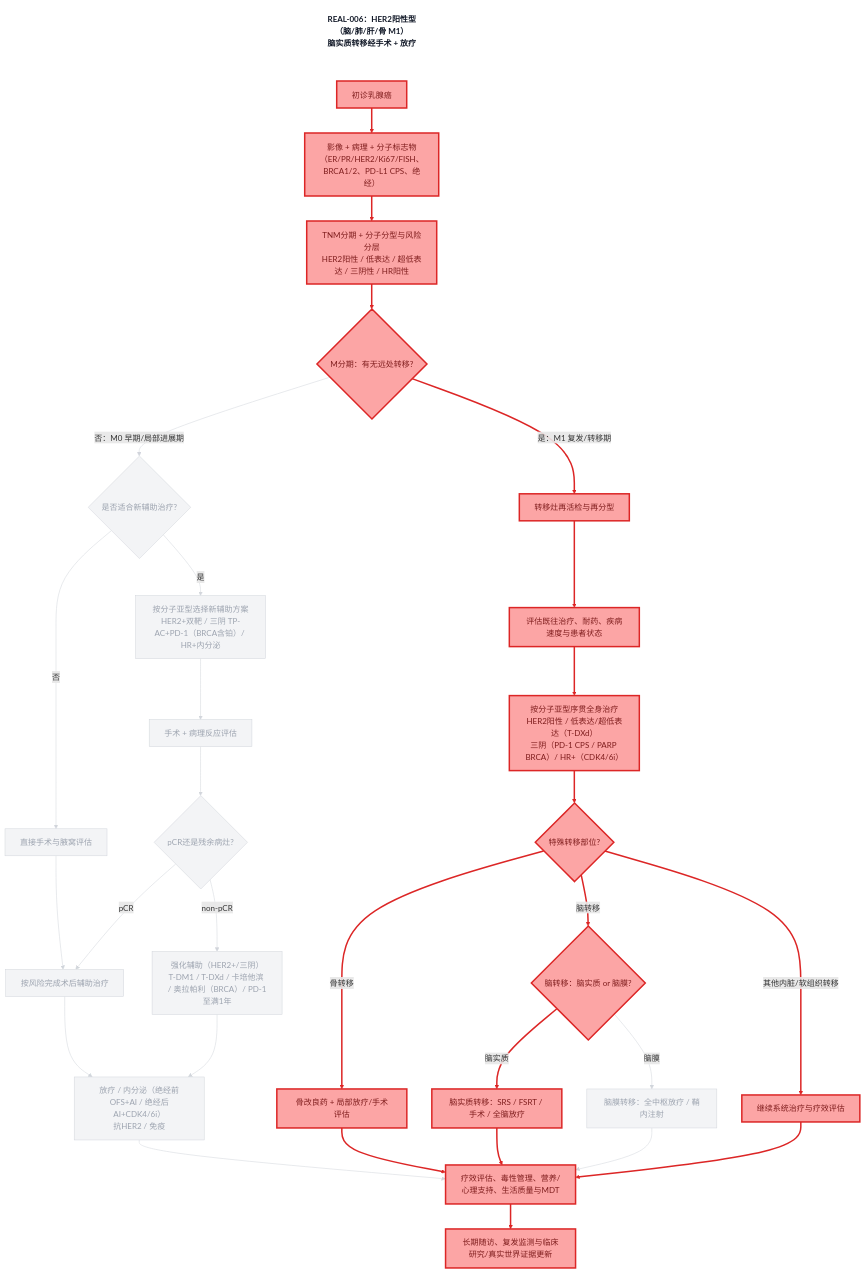
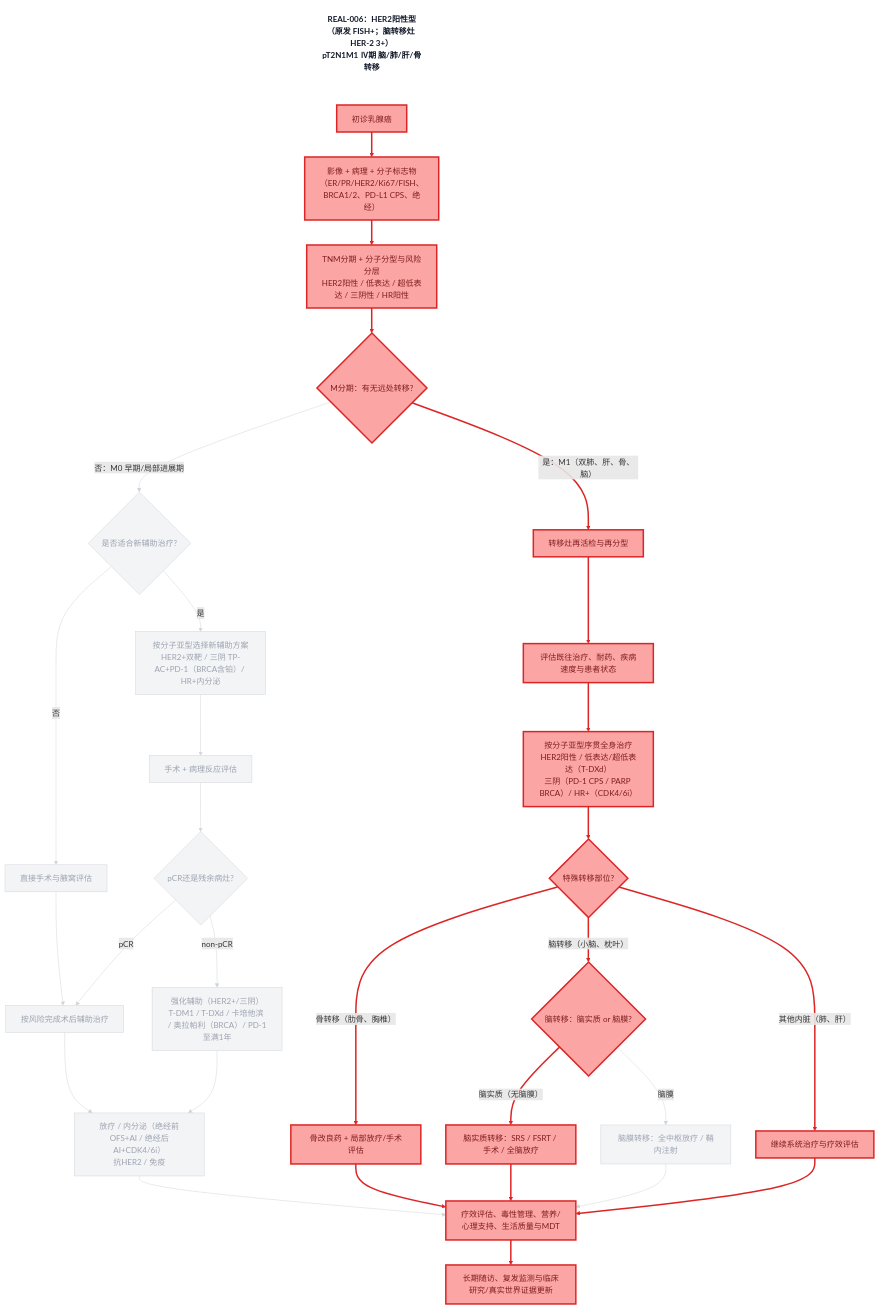
Before and after one commit to dongjb741280/breast-cancer: the diagram in diagrams/decision-chain-REAL-006.mmd, drawn with Mermaid. The commit also changed 21 other files, not shown here.

First line of the commit message:
Show raw evidence on decision-chain diagrams

```diff
--- a/diagrams/decision-chain-REAL-006.mmd
+++ b/diagrams/decision-chain-REAL-006.mmd
@@ -1,109 +1,109 @@
 graph TD
-    TITLE["REAL-006：HER2阳性型（脑/肺/肝/骨 M1）<br/>脑实质转移经手术 + 放疗"]
+    TITLE["REAL-006：HER2阳性型（原发 FISH+；脑转移灶 HER-2 3+）<br/>pT2N1M1 Ⅳ期 脑/肺/肝/骨转移"]
     A[初诊乳腺癌]
     B[影像 + 病理 + 分子标志物<br/>（ER/PR/HER2/Ki67/FISH、BRCA1/2、PD-L1 CPS、绝经）]
     C[TNM分期 + 分子分型与风险分层<br/>HER2阳性 / 低表达 / 超低表达 / 三阴性 / HR阳性]
     D{M分期：有无远处转移?}
     E{是否适合新辅助治疗?}
     F[按分子亚型选择新辅助方案<br/>HER2+双靶 / 三阴 TP-AC+PD-1（BRCA含铂）/ HR+内分泌]
     G[直接手术与腋窝评估]
     H[手术 + 病理反应评估]
     I{pCR还是残余病灶?}
     J[按风险完成术后辅助治疗]
     K[强化辅助（HER2+/三阴）<br/>T-DM1 / T-DXd / 卡培他滨 / 奥拉帕利（BRCA）/ PD-1至满1年]
     L[放疗 / 内分泌（绝经前OFS+AI / 绝经后AI+CDK4/6i）<br/>抗HER2 / 免疫]
     M[转移灶再活检与再分型]
     N[评估既往治疗、耐药、疾病速度与患者状态]
     O[按分子亚型序贯全身治疗<br/>HER2阳性 / 低表达/超低表达（T-DXd）<br/>三阴（PD-1 CPS / PARP BRCA）/ HR+（CDK4/6i）]
     P{特殊转移部位?}
     Q[骨改良药 + 局部放疗/手术评估]
     R{脑转移：脑实质 or 脑膜?}
     R1[脑实质转移：SRS / FSRT / 手术 / 全脑放疗]
     R2[脑膜转移：全中枢放疗 / 鞘内注射]
     S[继续系统治疗与疗效评估]
     T[疗效评估、毒性管理、营养/心理支持、生活质量与MDT]
     U[长期随访、复发监测与临床研究/真实世界证据更新]
     A --> B
     B --> C
     C --> D
     D -->|否：M0 早期/局部进展期| E
     E -->|是| F
     E -->|否| G
     F --> H
     G --> J
     H --> I
     I -->|pCR| J
     I -->|non-pCR| K
     J --> L
     K --> L
-    D -->|是：M1 复发/转移期| M
+    D -->|是：M1（双肺、肝、骨、脑）| M
     M --> N
     N --> O
     O --> P
-    P -->|骨转移| Q
-    P -->|脑转移| R
-    P -->|其他内脏/软组织转移| S
-    R -->|脑实质| R1
+    P -->|骨转移（肋骨、胸椎）| Q
+    P -->|脑转移（小脑、枕叶）| R
+    P -->|其他内脏（肺、肝）| S
+    R -->|脑实质（无脑膜）| R1
     R -->|脑膜| R2
     L --> T
     Q --> T
     R1 --> T
     R2 --> T
     S --> T
     T --> U
     TITLE ~~~ A
     classDef path fill:#fca5a5,stroke:#dc2626,color:#7f1d1d,stroke-width:3px;
     classDef dim fill:#f3f4f6,stroke:#d1d5db,color:#9ca3af,stroke-width:1px;
     classDef caption fill:#fff,stroke:none,color:#111827,font-weight:bold;
     class TITLE caption;
     class A path;
     class B path;
     class C path;
     class D path;
     class E dim;
     class F dim;
     class G dim;
     class H dim;
     class I dim;
     class J dim;
     class K dim;
     class L dim;
     class M path;
     class N path;
     class O path;
     class P path;
     class Q path;
     class R path;
     class R1 path;
     class R2 dim;
     class S path;
     class T path;
     class U path;
     linkStyle 0 stroke:#dc2626,stroke-width:3px;
     linkStyle 1 stroke:#dc2626,stroke-width:3px;
     linkStyle 2 stroke:#dc2626,stroke-width:3px;
     linkStyle 3 stroke:#d1d5db,stroke-width:1px;
     linkStyle 4 stroke:#d1d5db,stroke-width:1px;
     linkStyle 5 stroke:#d1d5db,stroke-width:1px;
     linkStyle 6 stroke:#d1d5db,stroke-width:1px;
     linkStyle 7 stroke:#d1d5db,stroke-width:1px;
     linkStyle 8 stroke:#d1d5db,stroke-width:1px;
     linkStyle 9 stroke:#d1d5db,stroke-width:1px;
     linkStyle 10 stroke:#d1d5db,stroke-width:1px;
     linkStyle 11 stroke:#d1d5db,stroke-width:1px;
     linkStyle 12 stroke:#d1d5db,stroke-width:1px;
     linkStyle 13 stroke:#dc2626,stroke-width:3px;
     linkStyle 14 stroke:#dc2626,stroke-width:3px;
     linkStyle 15 stroke:#dc2626,stroke-width:3px;
     linkStyle 16 stroke:#dc2626,stroke-width:3px;
     linkStyle 17 stroke:#dc2626,stroke-width:3px;
     linkStyle 18 stroke:#dc2626,stroke-width:3px;
     linkStyle 19 stroke:#dc2626,stroke-width:3px;
     linkStyle 20 stroke:#dc2626,stroke-width:3px;
     linkStyle 21 stroke:#d1d5db,stroke-width:1px;
     linkStyle 22 stroke:#d1d5db,stroke-width:1px;
     linkStyle 23 stroke:#dc2626,stroke-width:3px;
     linkStyle 24 stroke:#dc2626,stroke-width:3px;
     linkStyle 25 stroke:#d1d5db,stroke-width:1px;
     linkStyle 26 stroke:#dc2626,stroke-width:3px;
     linkStyle 27 stroke:#dc2626,stroke-width:3px;
```
